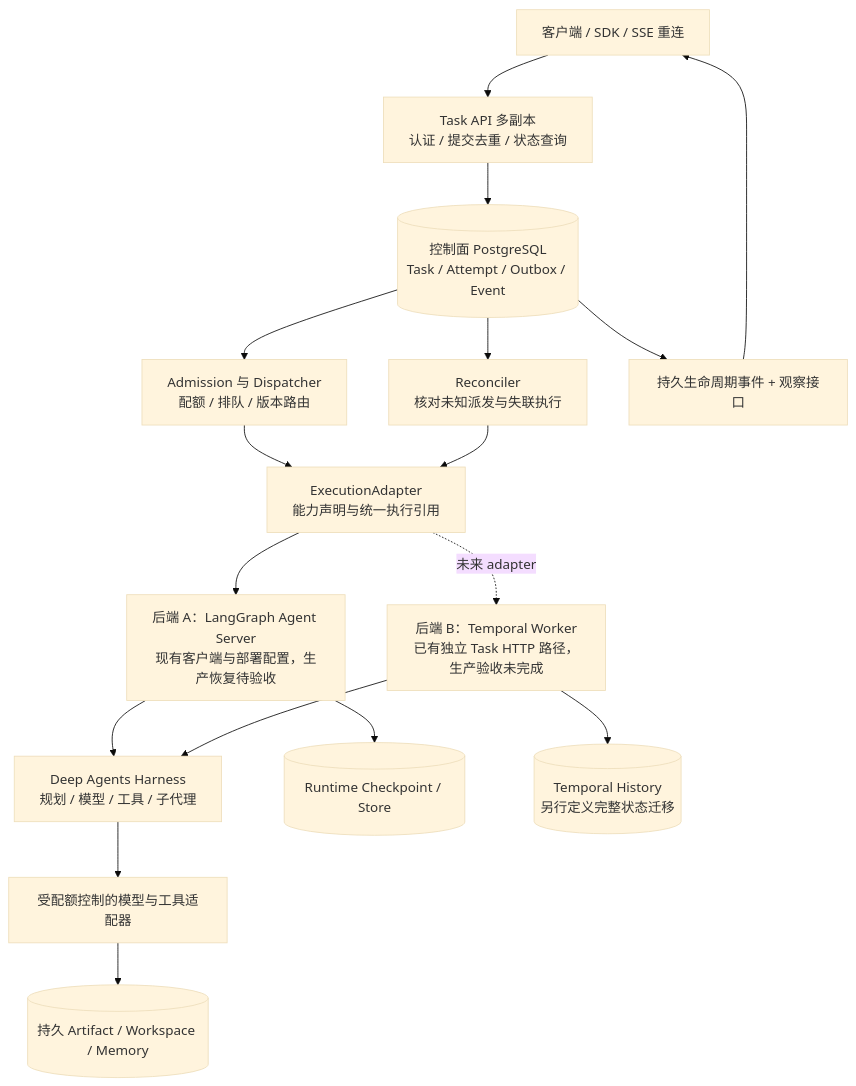
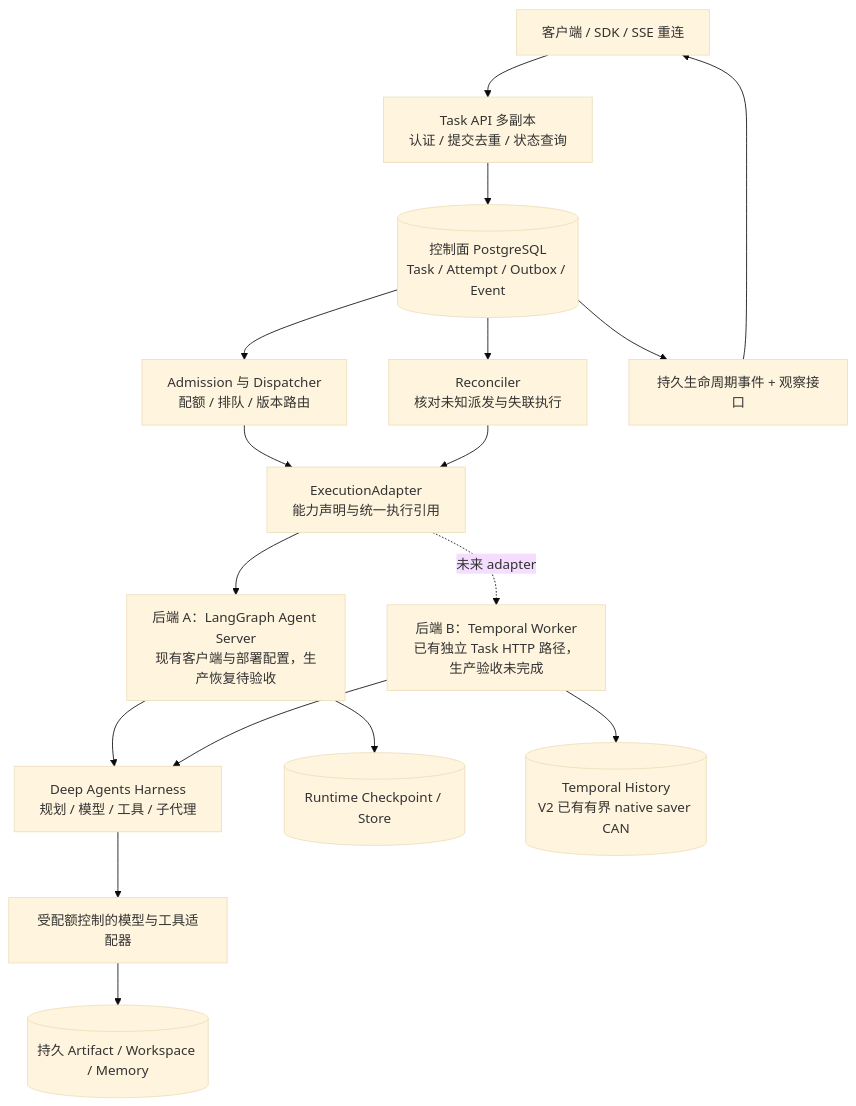
One commit to luoyjx/mini-loop changed the first of 2 diagrams in docs/AGENT_SERVER_DURABLE_EXECUTION_DESIGN.md. Above: the diagram before and after it, drawn with Mermaid (base theme). The commit also changed other lines of this file and 30 other files, not shown here.

````diff
--- a/docs/AGENT_SERVER_DURABLE_EXECUTION_DESIGN.md
+++ b/docs/AGENT_SERVER_DURABLE_EXECUTION_DESIGN.md
@@ -65,19 +72,19 @@
 ```mermaid
 flowchart TB
     C[客户端 / SDK / SSE 重连] --> API[Task API 多副本<br/>认证 / 提交去重 / 状态查询]
     API --> DB[(控制面 PostgreSQL<br/>Task / Attempt / Outbox / Event)]
     DB --> AD[Admission 与 Dispatcher<br/>配额 / 排队 / 版本路由]
     DB --> RC[Reconciler<br/>核对未知派发与失联执行]
     AD --> EA[ExecutionAdapter<br/>能力声明与统一执行引用]
     RC --> EA
     EA --> LG[后端 A：LangGraph Agent Server<br/>现有客户端与部署配置，生产恢复待验收]
     EA -. 未来 adapter .-> TW[后端 B：Temporal Worker<br/>已有独立 Task HTTP 路径，生产验收未完成]
     LG --> H[Deep Agents Harness<br/>规划 / 模型 / 工具 / 子代理]
     TW --> H
     LG --> LP[(Runtime Checkpoint / Store)]
-    TW --> TH[(Temporal History<br/>另行定义完整状态迁移)]
+    TW --> TH[(Temporal History<br/>V2 已有有界 native saver CAN)]
     H --> IO[受配额控制的模型与工具适配器]
     IO --> ART[(持久 Artifact / Workspace / Memory)]
     DB --> EV[持久生命周期事件 + 观察接口]
     EV --> C
 ```
````
